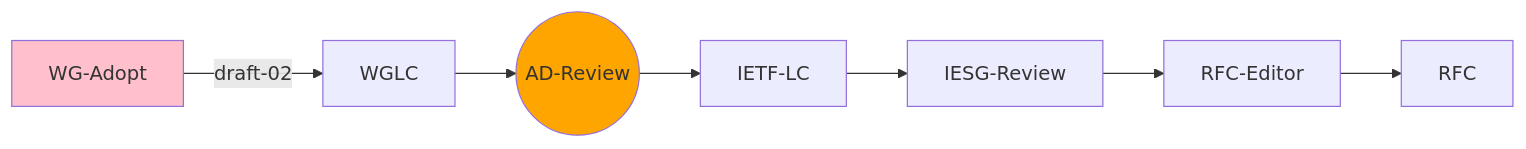
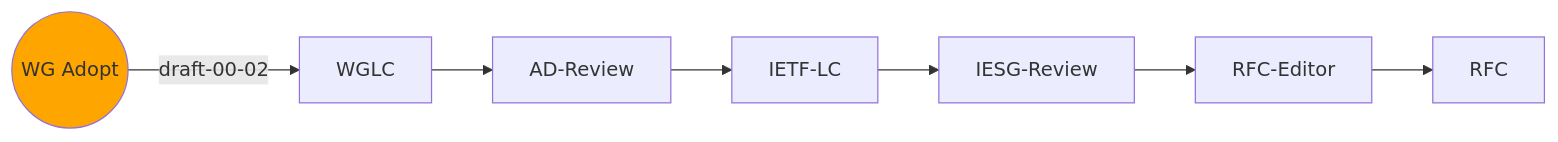
One commit to ietf-wg-httpapi/ietf-wg-httpapi.github.io changed the tenth of 12 diagrams in index.md. Above: the diagram before and after it, drawn with Mermaid. The commit also changed other lines of this file, not shown here.

Commit message:
Updated diagrams

````diff
--- a/index.md
+++ b/index.md
@@ -118,14 +166,13 @@
 ```mermaid
 graph LR
     classDef current fill:orange
     classDef lastIETF fill:pink
 
-    WG-Adopt --draft-02--> WGLC
-    WGLC --> AD-Review((AD-Review))
-    class AD-Review current
-    class WG-Adopt lastIETF
+    WG-Adopt((WG Adopt)) --draft-00-02--> WGLC
+    class WG-Adopt current
+    WGLC --> AD-Review
     AD-Review --> IETF-LC
     IETF-LC --> IESG-Review
     IESG-Review --> RFC-Editor
-    RFC-Editor --> RFC    
+    RFC-Editor --> RFC
 ```
````
